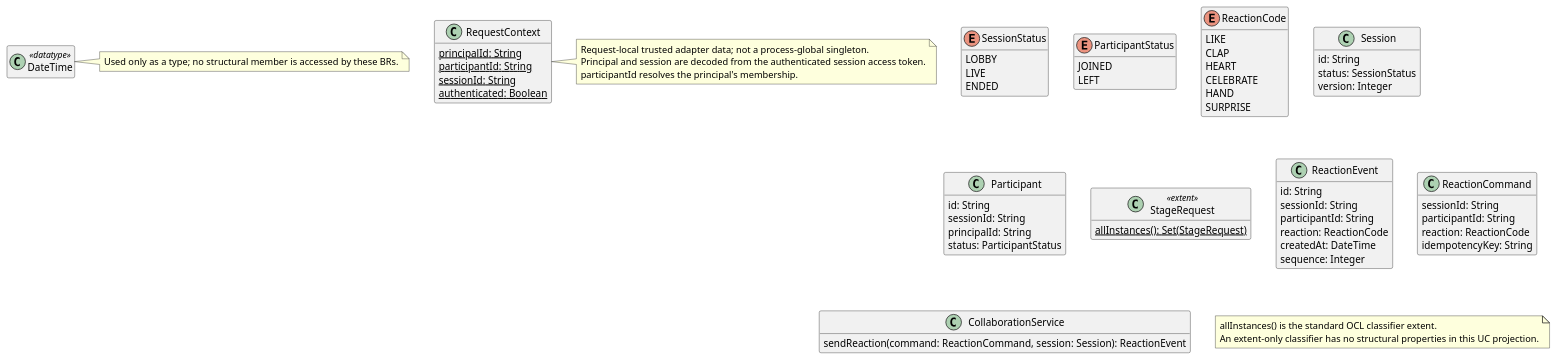
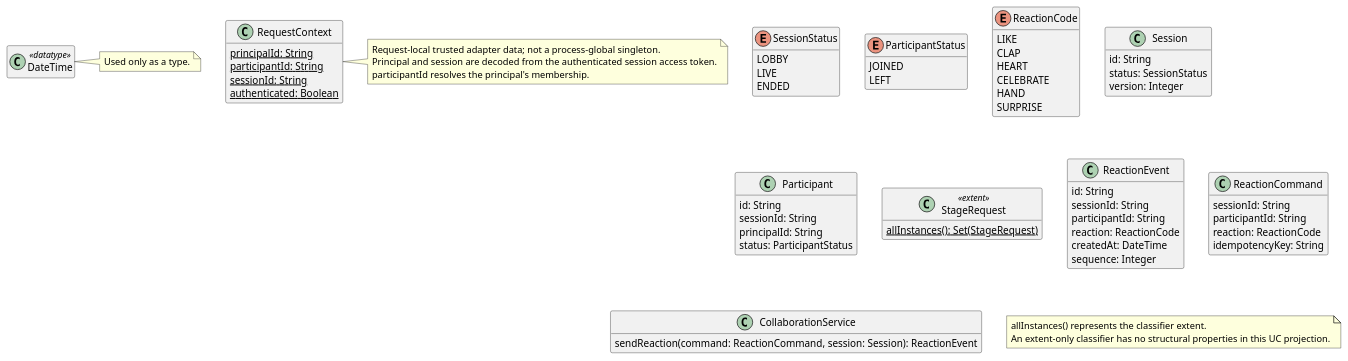
Before and after one commit to tudzct/business-vibe-coding: the diagram in docs/01-inception/use-cases/uc-10-send-an-emoji-reaction.md, drawn with PlantUML. The commit also changed other lines of this file and 72 other files, not shown here.

```diff
--- a/docs/01-inception/use-cases/uc-10-send-an-emoji-reaction.md
+++ b/docs/01-inception/use-cases/uc-10-send-an-emoji-reaction.md
@@ -85,68 +85,68 @@
 ~~~plantuml
 @startuml
 hide empty members
 enum SessionStatus {
   LOBBY
   LIVE
   ENDED
 }
 enum ParticipantStatus {
   JOINED
   LEFT
 }
 enum ReactionCode {
   LIKE
   CLAP
   HEART
   CELEBRATE
   HAND
   SURPRISE
 }
 class DateTime <<datatype>> {
 }
-note right of DateTime: Used only as a type; no structural member is accessed by these BRs.
+note right of DateTime: Used only as a type.
 class RequestContext {
   {static} principalId: String
   {static} participantId: String
   {static} sessionId: String
   {static} authenticated: Boolean
 }
 class Session {
   id: String
   status: SessionStatus
   version: Integer
 }
 class Participant {
   id: String
   sessionId: String
   principalId: String
   status: ParticipantStatus
 }
 class StageRequest <<extent>> {
   {static} allInstances(): Set(StageRequest)
 }
 class ReactionEvent {
   id: String
   sessionId: String
   participantId: String
   reaction: ReactionCode
   createdAt: DateTime
   sequence: Integer
 }
 class ReactionCommand {
   sessionId: String
   participantId: String
   reaction: ReactionCode
   idempotencyKey: String
 }
 class CollaborationService {
   sendReaction(command: ReactionCommand, session: Session): ReactionEvent
 }
-note "allInstances() is the standard OCL classifier extent.\nAn extent-only classifier has no structural properties in this UC projection." as ExtentSemantics
+note "allInstances() represents the classifier extent.\nAn extent-only classifier has no structural properties in this UC projection." as ExtentSemantics
 note right of RequestContext
 Request-local trusted adapter data; not a process-global singleton.
 Principal and session are decoded from the authenticated session access token.
 participantId resolves the principal's membership.
 end note
 @enduml
 ~~~
```
